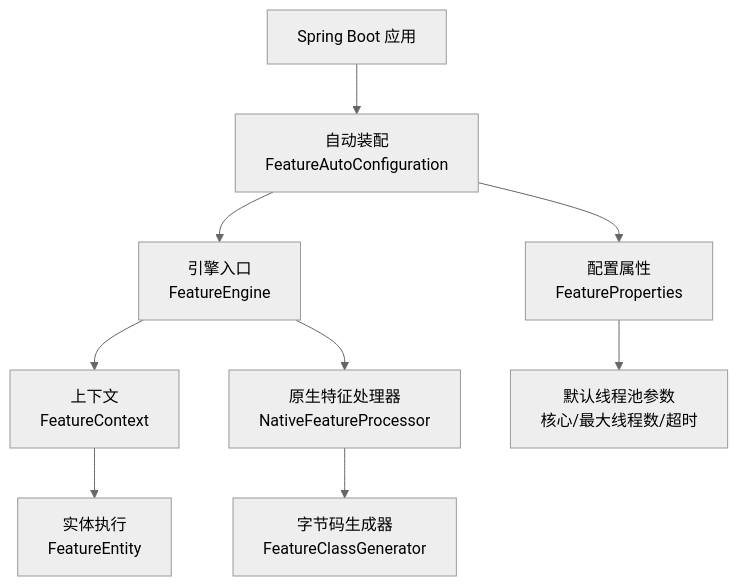
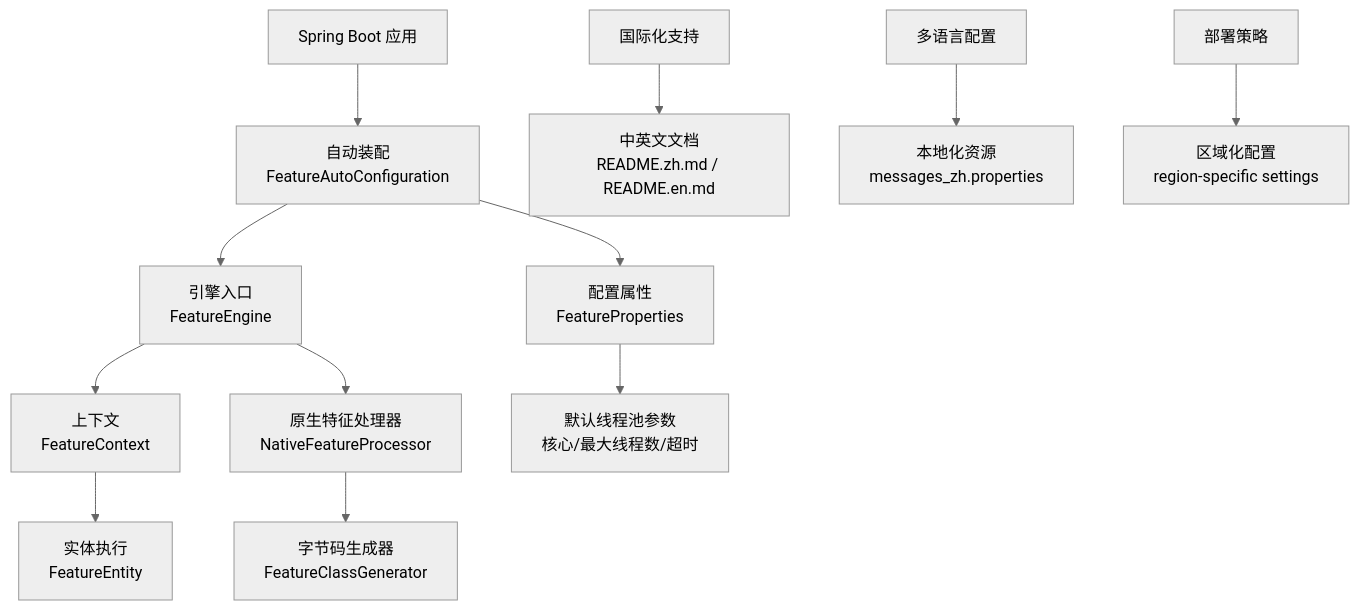
One commit to txzhanghuan/feature changed the first of 4 diagrams in .qoder/repowiki/zh/content/部署与运维.md. Above: the diagram before and after it, drawn with Mermaid (neutral theme). The commit also changed other lines of this file and 18 other files, not shown here.

````diff
--- a/.qoder/repowiki/zh/content/部署与运维.md
+++ b/.qoder/repowiki/zh/content/部署与运维.md
@@ -40,11 +52,14 @@
 ```mermaid
 graph TB
 A["Spring Boot 应用"] --> B["自动装配<br/>FeatureAutoConfiguration"]
 B --> C["配置属性<br/>FeatureProperties"]
 B --> D["引擎入口<br/>FeatureEngine"]
 D --> E["上下文<br/>FeatureContext"]
 E --> F["实体执行<br/>FeatureEntity"]
 D --> G["原生特征处理器<br/>NativeFeatureProcessor"]
 G --> H["字节码生成器<br/>FeatureClassGenerator"]
 C --> I["默认线程池参数<br/>核心/最大线程数/超时"]
+J["国际化支持"] --> K["中英文文档<br/>README.zh.md / README.en.md"]
+L["多语言配置"] --> M["本地化资源<br/>messages_zh.properties"]
+N["部署策略"] --> O["区域化配置<br/>region-specific settings"]
 ```
````
